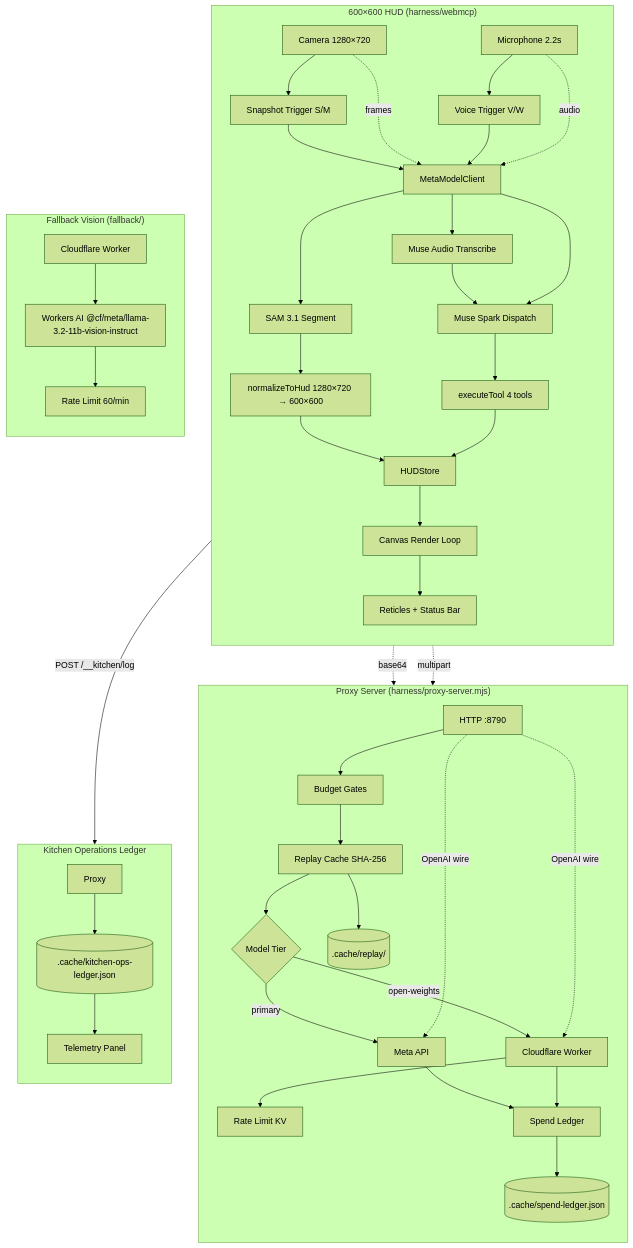
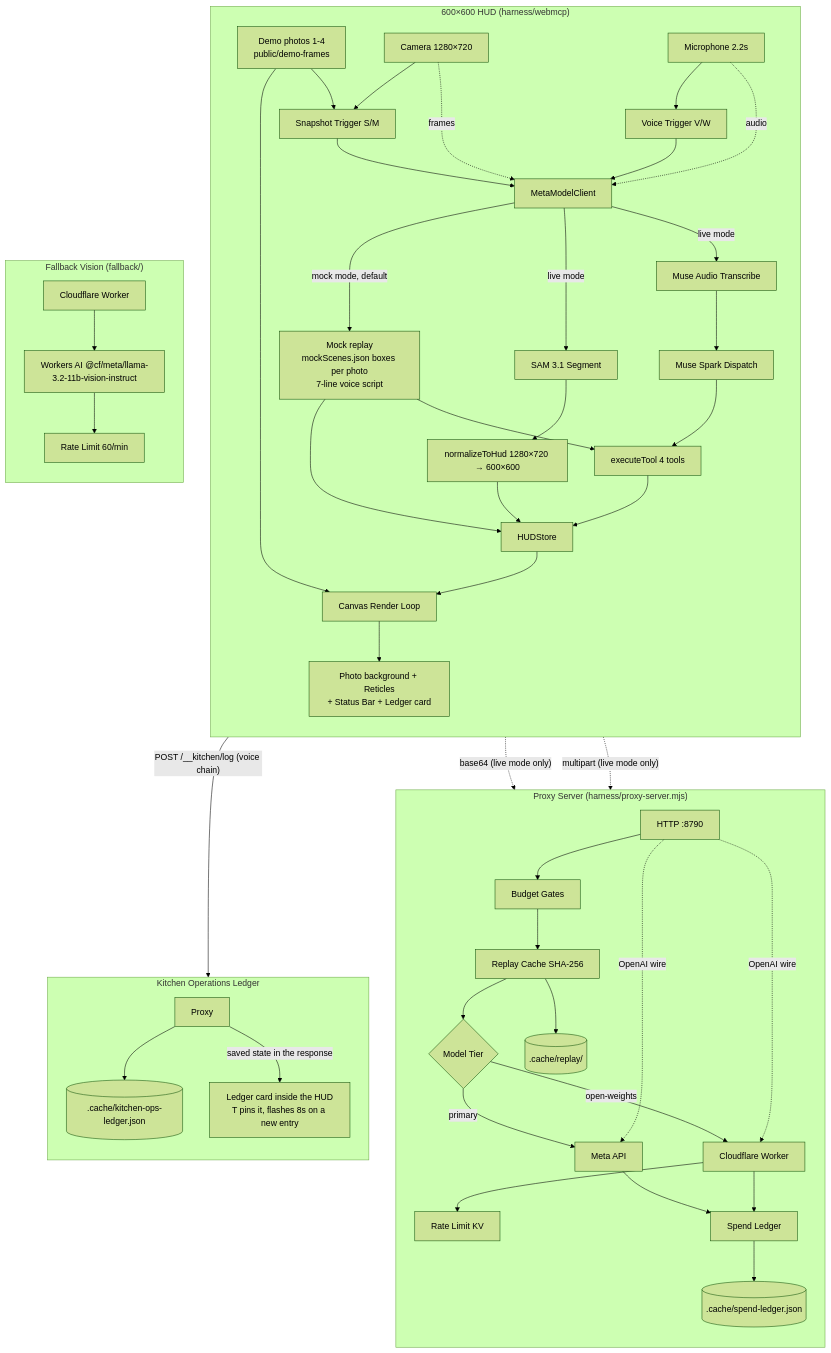
The first of 3 diagrams in README.md (zumayaaustin-creator/LineCheck-Vision-Hackathon), drawn with Mermaid (forest theme) before and after one commit. The commit also changed other lines of this file and 2 other files, not shown here.

Commit message:
docs: refresh README, QUICKSTART and harness README for demo scenes, ledger card, voice script; repair two invalid Mermaid diagrams

````diff
--- a/README.md
+++ b/README.md
@@ -41,54 +38,58 @@
 ```mermaid
 flowchart TD
     subgraph HUD["600×600 HUD (harness/webmcp)"]
         direction TB
+        PHOTO["Demo photos 1-4<br/>public/demo-frames"] --> CANVAS
         CAM[Camera 1280×720] --> SNAP[Snapshot Trigger S/M]
+        PHOTO --> SNAP
         MIC[Microphone 2.2s] --> VOICE[Voice Trigger V/W]
         SNAP --> META[MetaModelClient]
         VOICE --> META
-        META --> SAM[SAM 3.1 Segment]
-        META --> MUSE[Muse Audio Transcribe]
-        META --> SPARK[Muse Spark Dispatch]
+        META -->|mock mode, default| MOCK["Mock replay<br/>mockScenes.json boxes per photo<br/>7-line voice script"]
+        META -->|live mode| SAM[SAM 3.1 Segment]
+        META -->|live mode| MUSE[Muse Audio Transcribe]
         SAM --> NORM[normalizeToHud 1280×720 → 600×600]
-        MUSE --> SPARK
+        MUSE --> SPARK[Muse Spark Dispatch]
+        MOCK --> STORE[HUDStore]
+        MOCK --> TOOLS
         SPARK --> TOOLS[executeTool 4 tools]
-        NORM --> STORE[HUDStore]
+        NORM --> STORE
         TOOLS --> STORE
         STORE --> CANVAS[Canvas Render Loop]
-        CANVAS --> RET[Reticles + Status Bar]
+        CANVAS --> RET["Photo background + Reticles<br/>+ Status Bar + Ledger card"]
     end
 
     subgraph PROXY["Proxy Server (harness/proxy-server.mjs)"]
         direction TB
         PROXY_API[HTTP :8790] --> BUDGET[Budget Gates]
         BUDGET --> CACHE[Replay Cache SHA-256]
         CACHE --> TIER{Model Tier}
         TIER -->|primary| META_API[Meta API]
         TIER -->|open-weights| FALLBACK[Cloudflare Worker]
         FALLBACK --> KV[Rate Limit KV]
         META_API --> LEDGER[Spend Ledger]
         FALLBACK --> LEDGER
         LEDGER --> FILE[(.cache/spend-ledger.json)]
         CACHE --> CACHE_FILE[(.cache/replay/)]
     end
 
     subgraph KITCHEN["Kitchen Operations Ledger"]
         direction TB
-        TOOLS -->|POST /__kitchen/log| KPROXY[Proxy]
+        TOOLS -->|"POST /__kitchen/log (voice chain)"| KPROXY[Proxy]
         KPROXY --> KFILE[(.cache/kitchen-ops-ledger.json)]
-        KFILE --> PANEL[Telemetry Panel]
+        KPROXY -->|saved state in the response| CARD["Ledger card inside the HUD<br/>T pins it, flashes 8s on a new entry"]
     end
 
     subgraph FALLBACK_SVC["Fallback Vision (fallback/)"]
         direction TB
         CF_WORKER[Cloudflare Worker] --> AI[Workers AI @cf/meta/llama-3.2-11b-vision-instruct]
         AI --> KV2[Rate Limit 60/min]
     end
 
     CAM -.->|frames| META
     MIC -.->|audio| META
-    SNAP -.->|base64| PROXY_API
-    VOICE -.->|multipart| PROXY_API
+    SNAP -.->|"base64 (live mode only)"| PROXY_API
+    VOICE -.->|"multipart (live mode only)"| PROXY_API
     PROXY_API -.->|OpenAI wire| META_API
     PROXY_API -.->|OpenAI wire| FALLBACK
 ```
````
